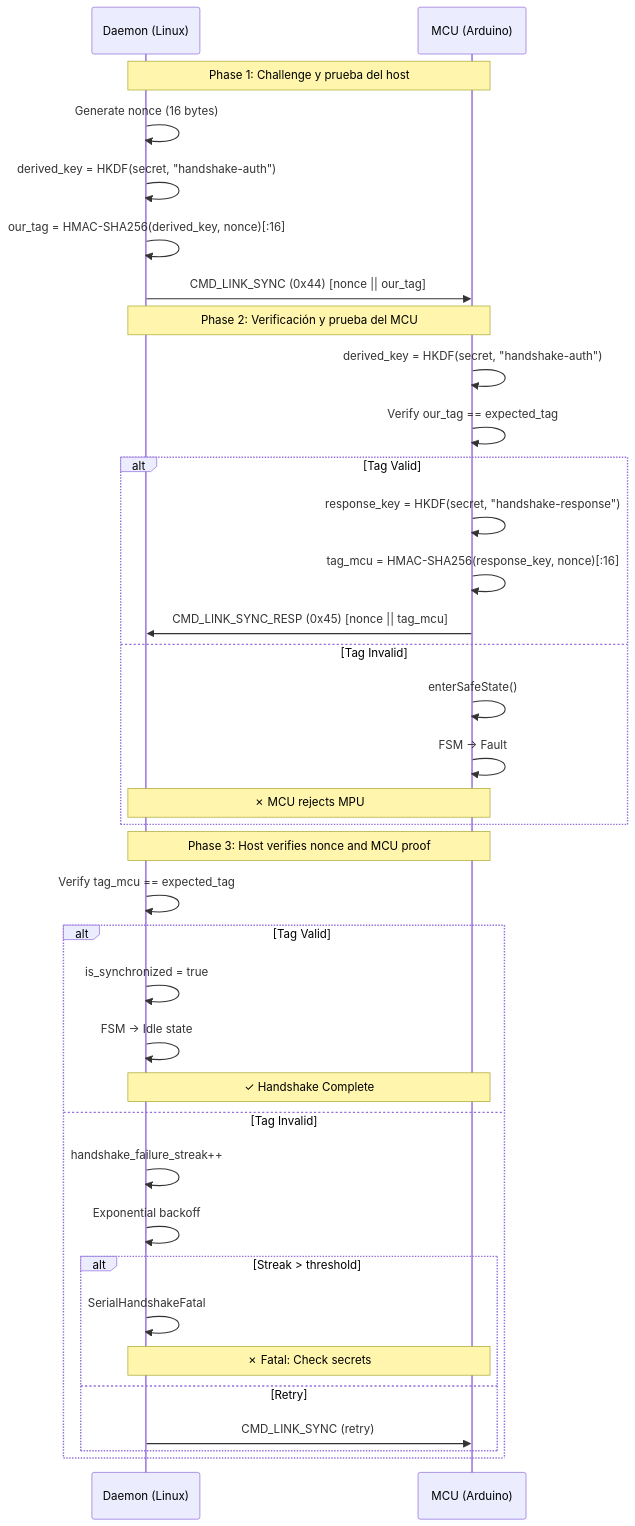
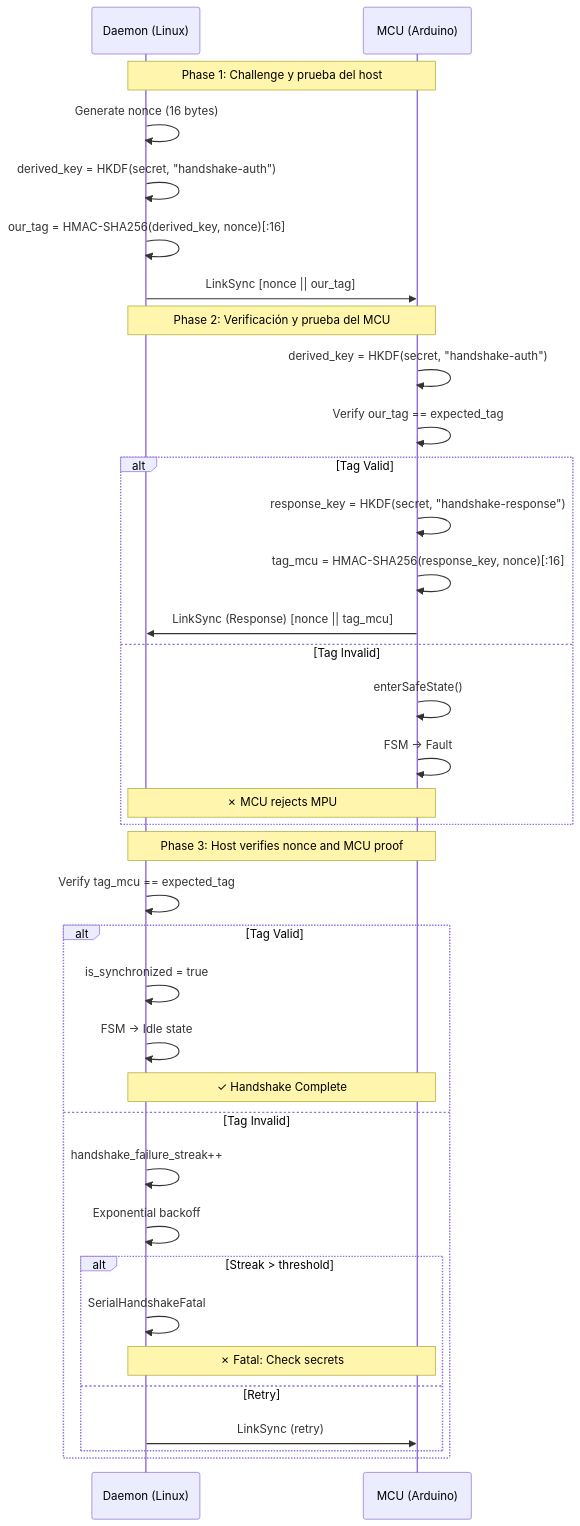
Before and after one commit to isantolin/arduino-yun-bridge2: the diagram in docs/PROTOCOL.md, drawn with Mermaid. The commit also changed other lines of this file and 26 other files, not shown here.

````diff
--- a/docs/PROTOCOL.md
+++ b/docs/PROTOCOL.md
@@ -545,42 +553,42 @@
 ```mermaid
 sequenceDiagram
     participant D as Daemon (Linux)
     participant M as MCU (Arduino)
 
     Note over D,M: Phase 1: Challenge y prueba del host
     D->>D: Generate nonce (16 bytes)
     D->>D: derived_key = HKDF(secret, "handshake-auth")
     D->>D: our_tag = HMAC-SHA256(derived_key, nonce)[:16]
-    D->>M: CMD_LINK_SYNC (0x44) [nonce || our_tag]
+    D->>M: LinkSync [nonce || our_tag]
 
     Note over D,M: Phase 2: Verificación y prueba del MCU
     M->>M: derived_key = HKDF(secret, "handshake-auth")
     M->>M: Verify our_tag == expected_tag
     
     alt Tag Valid
         M->>M: response_key = HKDF(secret, "handshake-response")
         M->>M: tag_mcu = HMAC-SHA256(response_key, nonce)[:16]
-        M->>D: CMD_LINK_SYNC_RESP (0x45) [nonce || tag_mcu]
+        M->>D: LinkSync (Response) [nonce || tag_mcu]
     else Tag Invalid
         M->>M: enterSafeState()
         M->>M: FSM -> Fault
         Note over D,M: ✗ MCU rejects MPU
     end
 
     Note over D,M: Phase 3: Host verifies nonce and MCU proof
     D->>D: Verify tag_mcu == expected_tag
     alt Tag Valid
         D->>D: is_synchronized = true
         D->>D: FSM → Idle state
         Note over D,M: ✓ Handshake Complete
     else Tag Invalid
         D->>D: handshake_failure_streak++
         D->>D: Exponential backoff
         alt Streak > threshold
             D->>D: SerialHandshakeFatal
             Note over D,M: ✗ Fatal: Check secrets
         else Retry
-            D->>M: CMD_LINK_SYNC (retry)
+            D->>M: LinkSync (retry)
         end
     end
 ```
````
